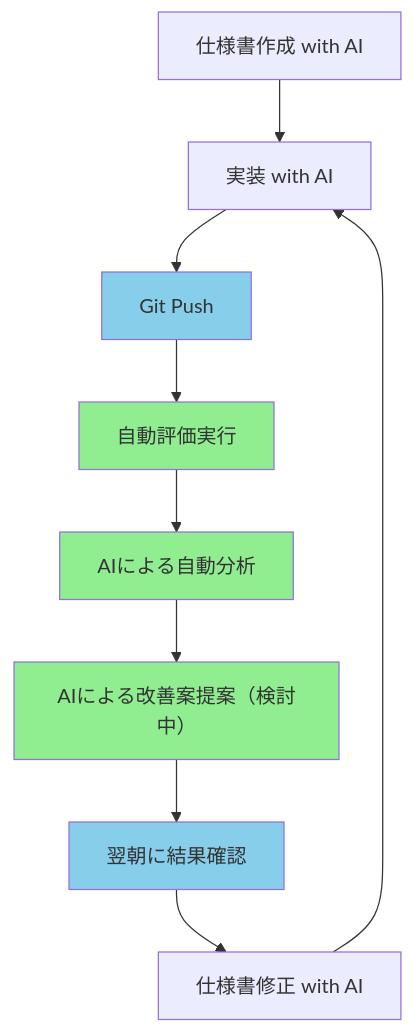
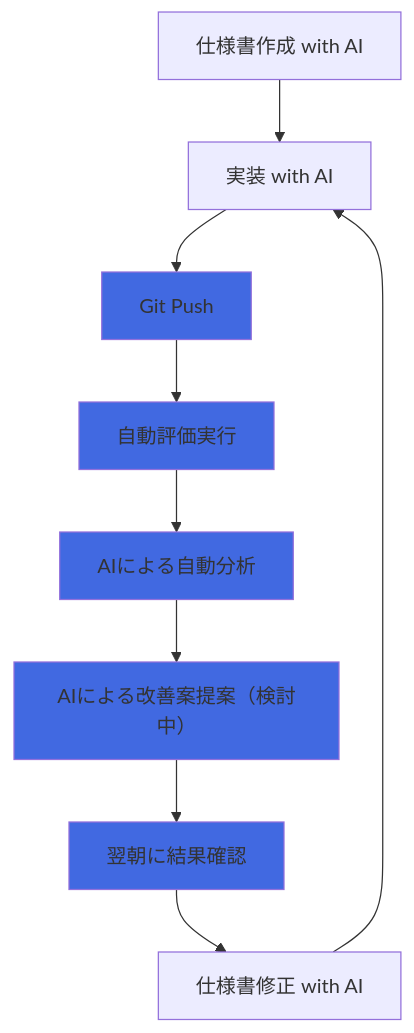
The second of 4 diagrams in projects/プロジェクト提案資料.md (abekoki/Improve_algorithm_development), drawn with Mermaid before and after one commit. The commit also changed other lines of this file, not shown here.

Commit message:
Update project proposal document for algorithm development

````diff
--- a/projects/プロジェクト提案資料.md
+++ b/projects/プロジェクト提案資料.md
@@ -47,17 +43,17 @@
 ```mermaid
 graph TD
     A[仕様書作成 with AI] --> B[実装 with AI]
     B --> G[Git Push]
     G --> C[自動評価実行]
     C --> D[AIによる自動分析]
     D --> E[AIによる改善案提案（検討中）]
     E --> H[翌朝に結果確認]
     H --> F[仕様書修正 with AI]
     F --> B
     
-    style C fill:#90EE90
-    style D fill:#90EE90
-    style E fill:#90EE90
-    style G fill:#87CEEB
-    style H fill:#87CEEB
+    style C fill:#4169e1
+    style D fill:#4169e1
+    style E fill:#4169e1
+    style G fill:#4169e1
+    style H fill:#4169e1
 ```
````
